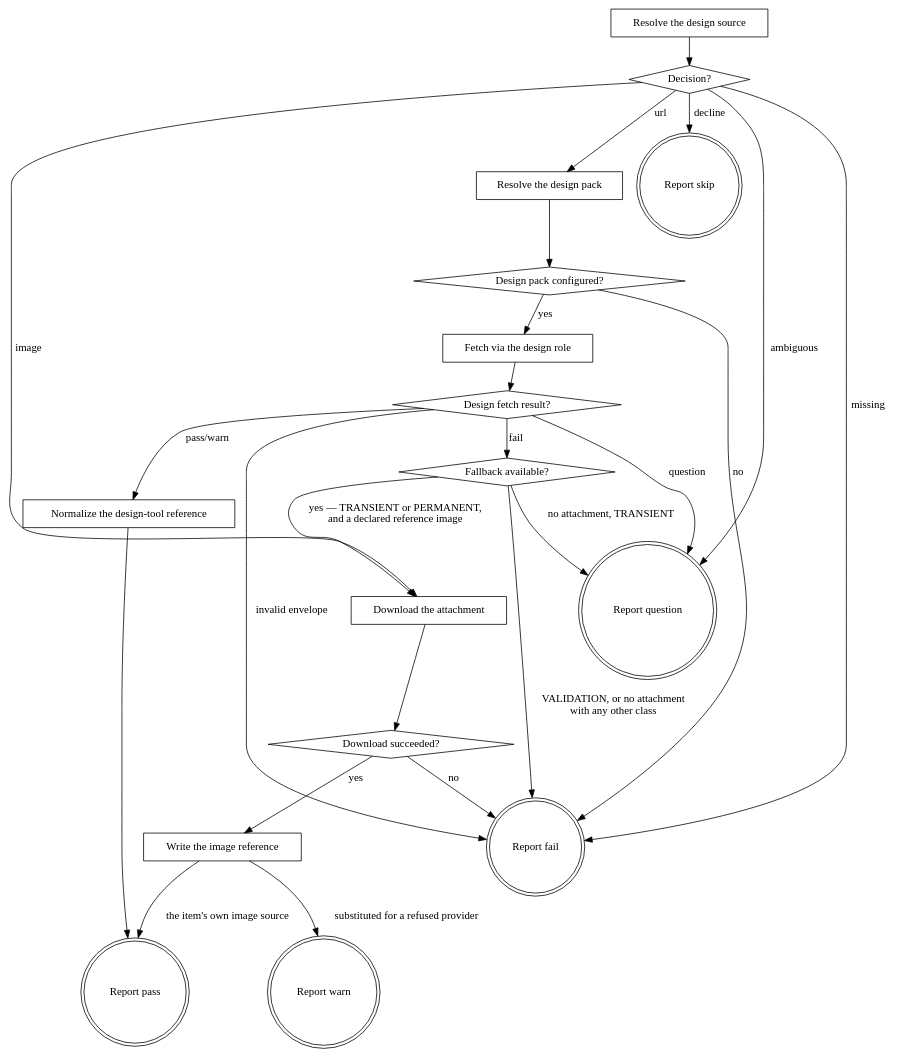
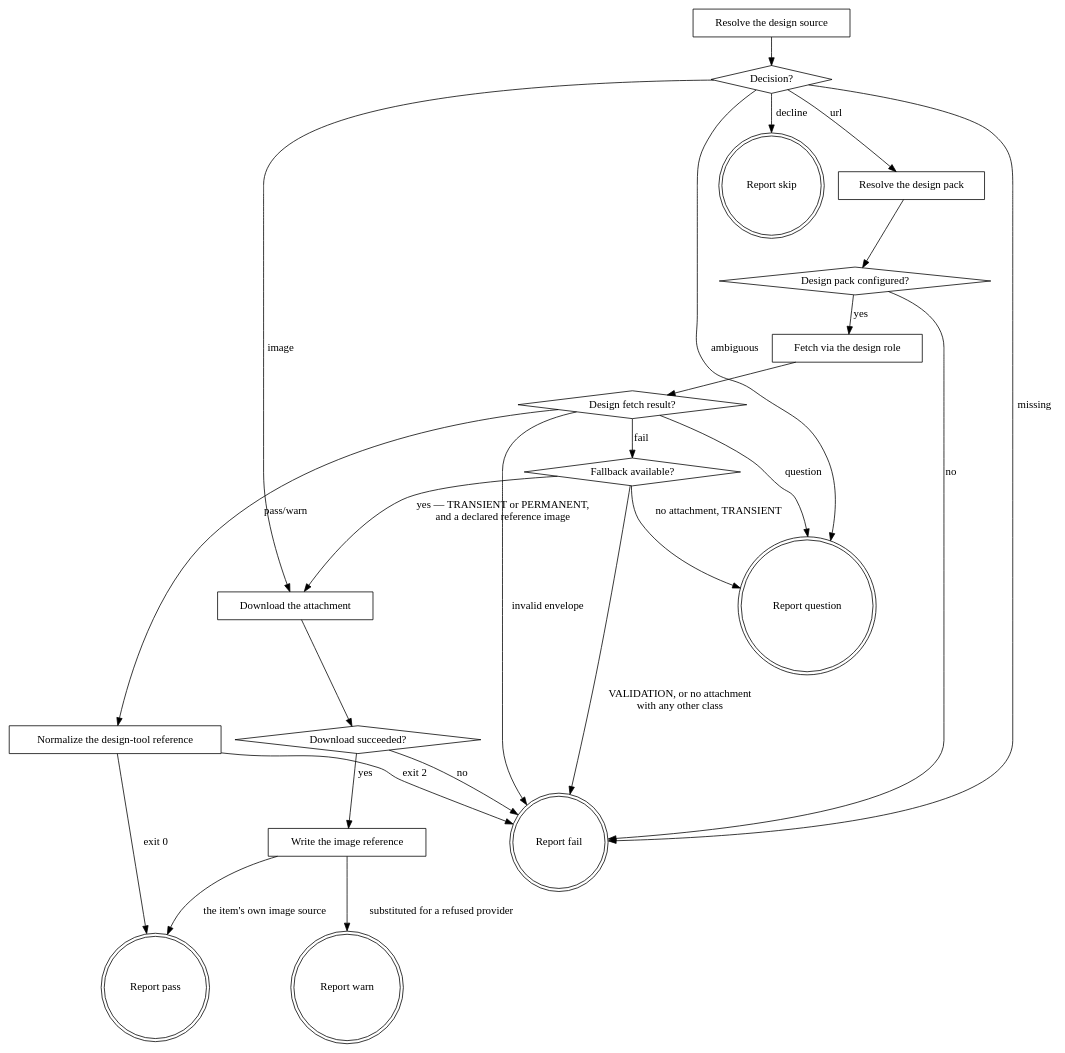
One commit to agenticDraft/aem-eds-ai-workflow-demo changed the diagram in plugins/eds/skills/eds-extract/SKILL.md. Above: the diagram before and after it, drawn with Graphviz. The commit also changed other lines of this file and 1 other file, not shown here.

First line of the commit message:
write-design-reference carries design_context and its reference code

````diff
--- a/plugins/eds/skills/eds-extract/SKILL.md
+++ b/plugins/eds/skills/eds-extract/SKILL.md
@@ -34,44 +34,45 @@
 ```dot
 digraph eds_extract {
     "Resolve the design source" [shape=box];
     "Decision?" [shape=diamond];
     "Resolve the design pack" [shape=box];
     "Design pack configured?" [shape=diamond];
     "Fetch via the design role" [shape=box];
     "Design fetch result?" [shape=diamond];
     "Normalize the design-tool reference" [shape=box];
     "Fallback available?" [shape=diamond];
     "Download the attachment" [shape=box];
     "Download succeeded?" [shape=diamond];
     "Write the image reference" [shape=box];
     "Report skip" [shape=doublecircle];
     "Report pass" [shape=doublecircle];
     "Report warn" [shape=doublecircle];
     "Report question" [shape=doublecircle];
     "Report fail" [shape=doublecircle];
 
     "Resolve the design source" -> "Decision?";
     "Decision?" -> "Report skip" [label="decline"];
     "Decision?" -> "Resolve the design pack" [label="url"];
     "Decision?" -> "Download the attachment" [label="image"];
     "Decision?" -> "Report question" [label="ambiguous"];
     "Decision?" -> "Report fail" [label="missing"];
     "Resolve the design pack" -> "Design pack configured?";
     "Design pack configured?" -> "Fetch via the design role" [label="yes"];
     "Design pack configured?" -> "Report fail" [label="no"];
     "Fetch via the design role" -> "Design fetch result?";
     "Design fetch result?" -> "Normalize the design-tool reference" [label="pass/warn"];
     "Design fetch result?" -> "Report question" [label="question"];
     "Design fetch result?" -> "Fallback available?" [label="fail"];
     "Design fetch result?" -> "Report fail" [label="invalid envelope"];
     "Fallback available?" -> "Download the attachment" [label="yes — TRANSIENT or PERMANENT,\nand a declared reference image"];
     "Fallback available?" -> "Report question" [label="no attachment, TRANSIENT"];
     "Fallback available?" -> "Report fail" [label="VALIDATION, or no attachment\nwith any other class"];
-    "Normalize the design-tool reference" -> "Report pass";
+    "Normalize the design-tool reference" -> "Report pass" [label="exit 0"];
+    "Normalize the design-tool reference" -> "Report fail" [label="exit 2"];
     "Download the attachment" -> "Download succeeded?";
     "Download succeeded?" -> "Write the image reference" [label="yes"];
     "Download succeeded?" -> "Report fail" [label="no"];
     "Write the image reference" -> "Report pass" [label="the item's own image source"];
     "Write the image reference" -> "Report warn" [label="substituted for a refused provider"];
 }
 ```
````
